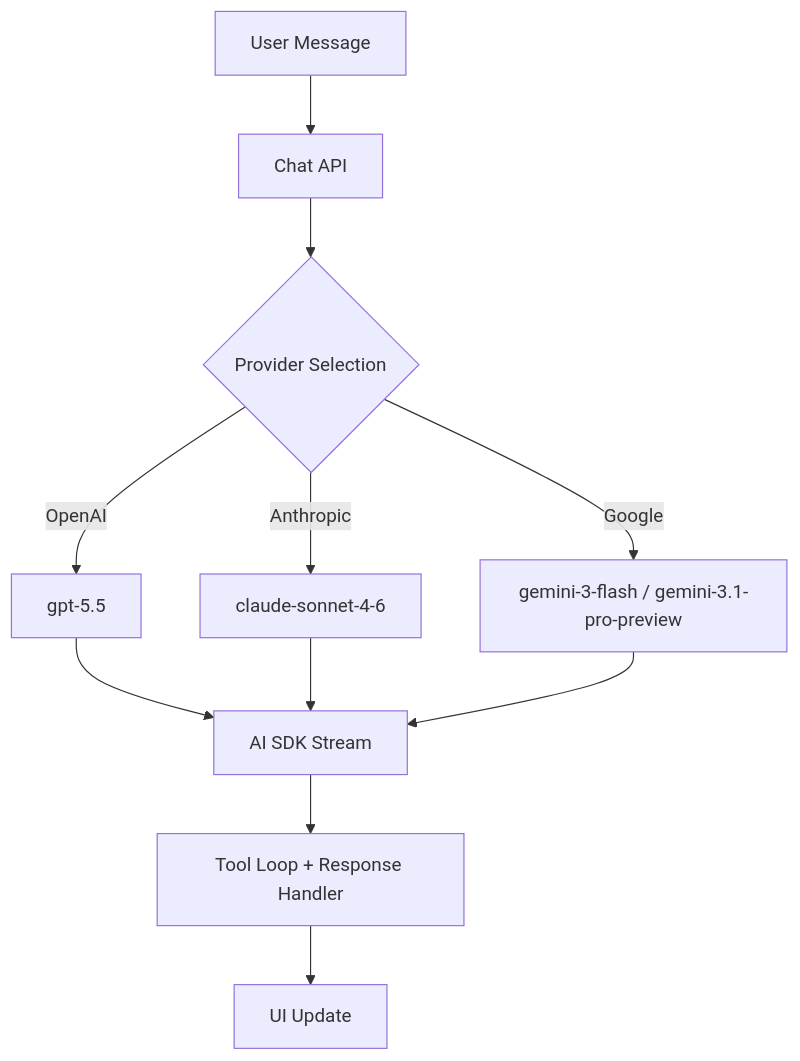
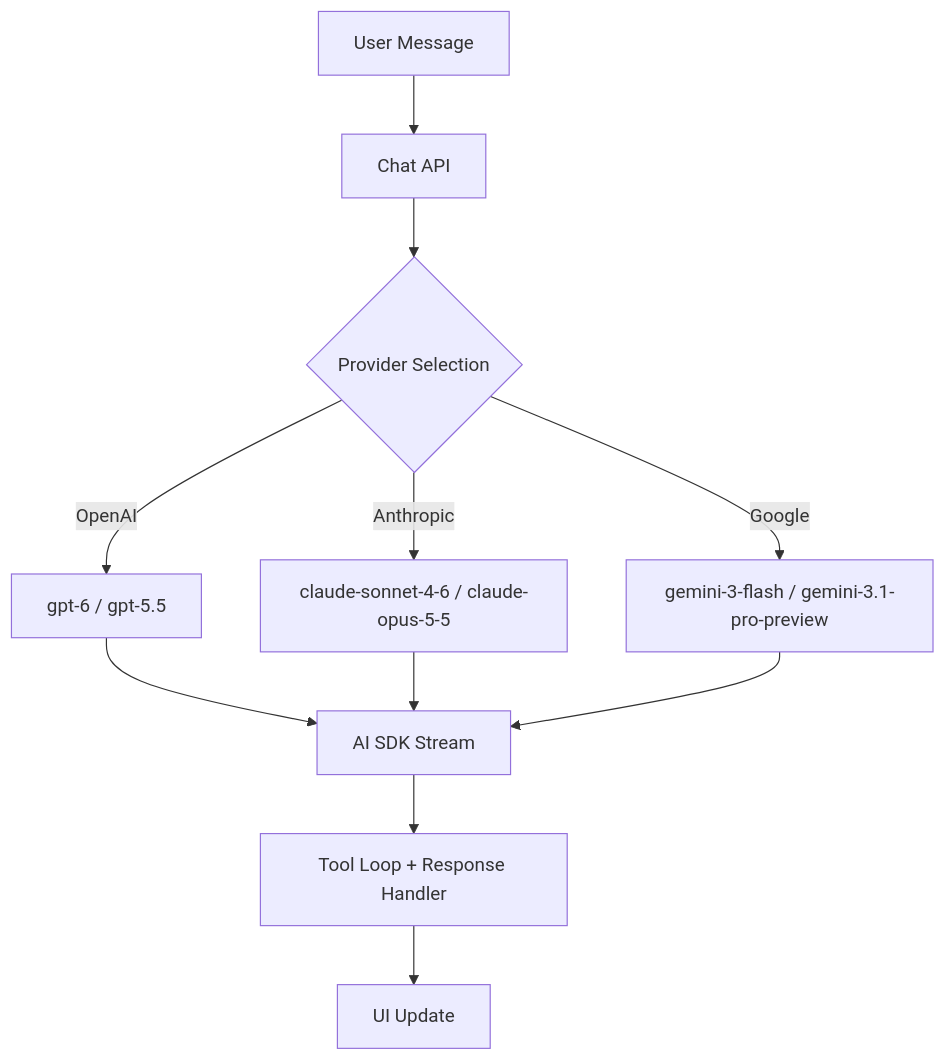
One commit to ryokun6/ryos changed the first of 3 diagrams in docs/4-ai-system.md. Above: the diagram before and after it, drawn with Mermaid. The commit also changed other lines of this file and 25 other files, not shown here.

First line of the commit message:
Upgrade AI SDK and add gpt-6 default plus Ryo-debug opus-5.5

````diff
--- a/docs/4-ai-system.md
+++ b/docs/4-ai-system.md
@@ -19,13 +19,13 @@
 ```mermaid
 graph TD
     A[User Message] --> B[Chat API]
     B --> C{Provider Selection}
-    C -->|OpenAI| D[gpt-5.5]
-    C -->|Anthropic| E[claude-sonnet-4-6]
+    C -->|OpenAI| D[gpt-6 / gpt-5.5]
+    C -->|Anthropic| E[claude-sonnet-4-6 / claude-opus-5-5]
     C -->|Google| F[gemini-3-flash / gemini-3.1-pro-preview]
     D --> G[AI SDK Stream]
     E --> G
     F --> G
     G --> H[Tool Loop + Response Handler]
     H --> I[UI Update]
 ```
````
